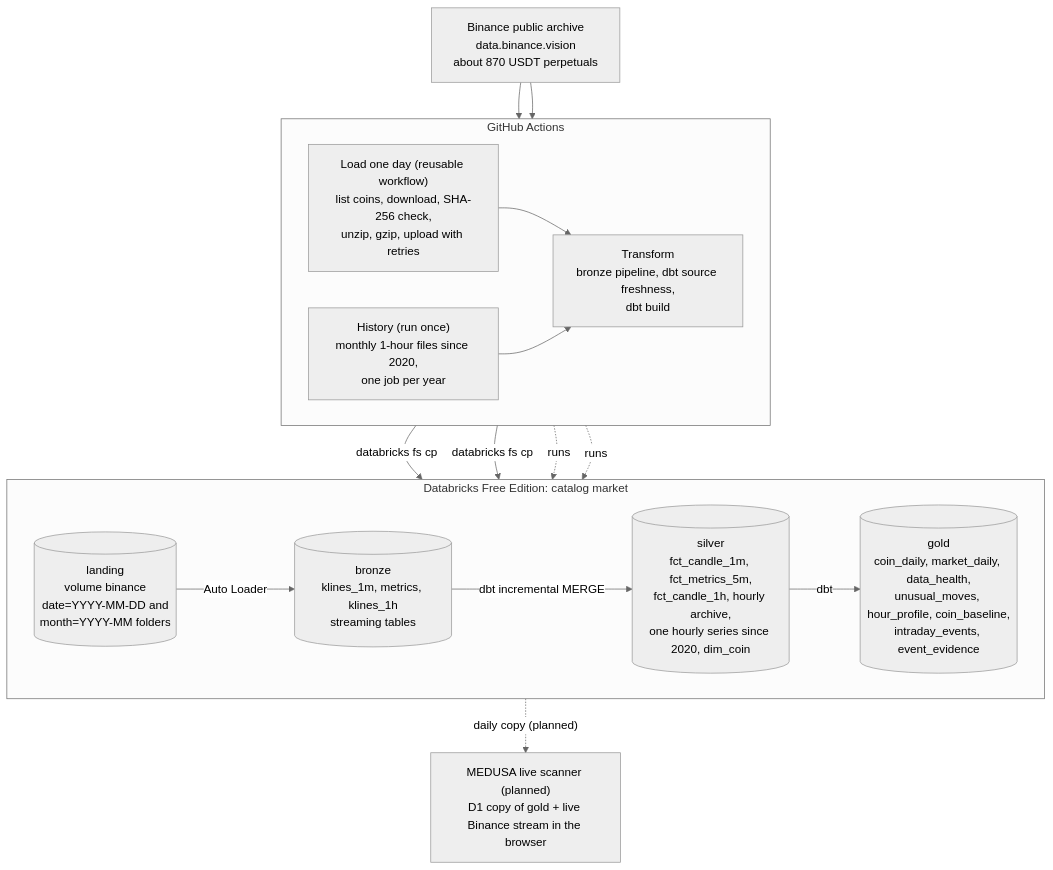
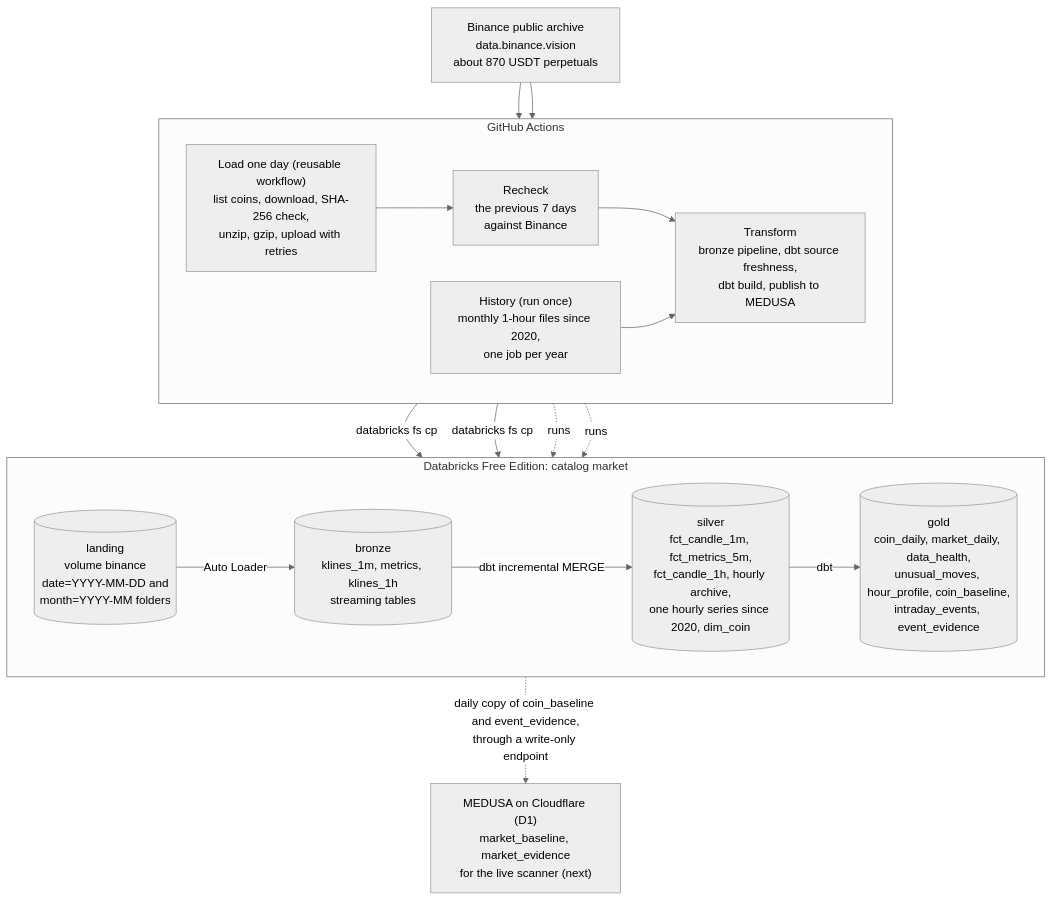
Before and after one commit to shivam65-sketch/medusa: the diagram in docs/diagrams/lakehouse-flow.mmd, drawn with Mermaid. The commit also changed 23 other files, not shown here.

Commit message:
Docs: steps 23-24 (serving tables, publish job), ADR-024, updated diagrams

```diff
--- a/docs/diagrams/lakehouse-flow.mmd
+++ b/docs/diagrams/lakehouse-flow.mmd
@@ -1,28 +1,29 @@
 %%{init: {"theme": "neutral"}}%%
 flowchart TB
   BIN["Binance public archive<br>data.binance.vision<br>about 870 USDT perpetuals"]
   subgraph GH["GitHub Actions"]
     direction LR
     LD["Load one day (reusable workflow)<br>list coins, download, SHA-256 check,<br>unzip, gzip, upload with retries"]
     HI["History (run once)<br>monthly 1-hour files since 2020,<br>one job per year"]
-    TR["Transform<br>bronze pipeline, dbt source freshness,<br>dbt build"]
-    LD --> TR
+    RC["Recheck<br>the previous 7 days<br>against Binance"]
+    TR["Transform<br>bronze pipeline, dbt source freshness,<br>dbt build, publish to MEDUSA"]
+    LD --> RC --> TR
     HI --> TR
   end
   subgraph DBX["Databricks Free Edition: catalog market"]
     direction LR
     L[("landing<br>volume binance<br>date=YYYY-MM-DD and<br>month=YYYY-MM folders")]
     BR[("bronze<br>klines_1m, metrics, klines_1h<br>streaming tables")]
     SI[("silver<br>fct_candle_1m, fct_metrics_5m,<br>fct_candle_1h, hourly archive,<br>one hourly series since 2020, dim_coin")]
     GO[("gold<br>coin_daily, market_daily, data_health,<br>unusual_moves, hour_profile, coin_baseline,<br>intraday_events, event_evidence")]
     L -->|"Auto Loader"| BR
     BR -->|"dbt incremental MERGE"| SI
     SI -->|"dbt"| GO
   end
   BIN --> LD
   BIN --> HI
   LD -->|"databricks fs cp"| L
   HI -->|"databricks fs cp"| L
   TR -.->|"runs"| BR
   TR -.->|"runs"| SI
-  GO -.->|"daily copy (planned)"| WEB["MEDUSA live scanner (planned)<br>D1 copy of gold + live Binance stream in the browser"]
+  GO -.->|"daily copy of coin_baseline and event_evidence,<br>through a write-only endpoint"| WEB["MEDUSA on Cloudflare (D1)<br>market_baseline, market_evidence<br>for the live scanner (next)"]
```
